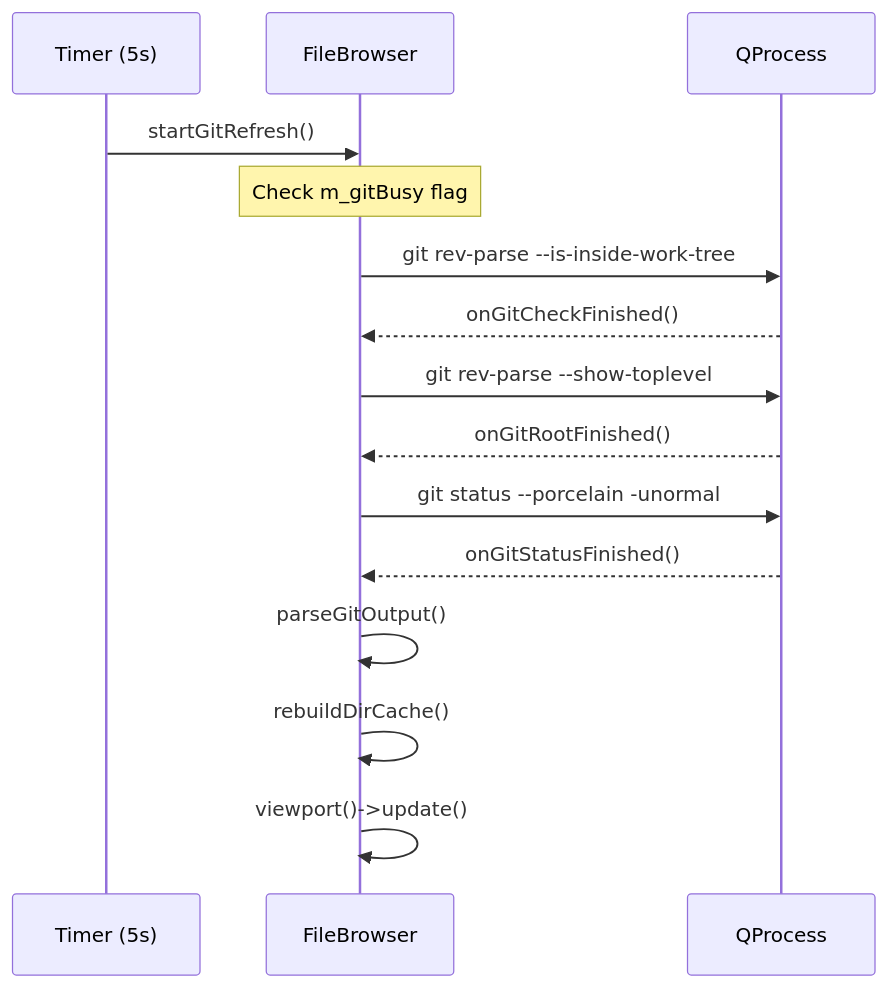
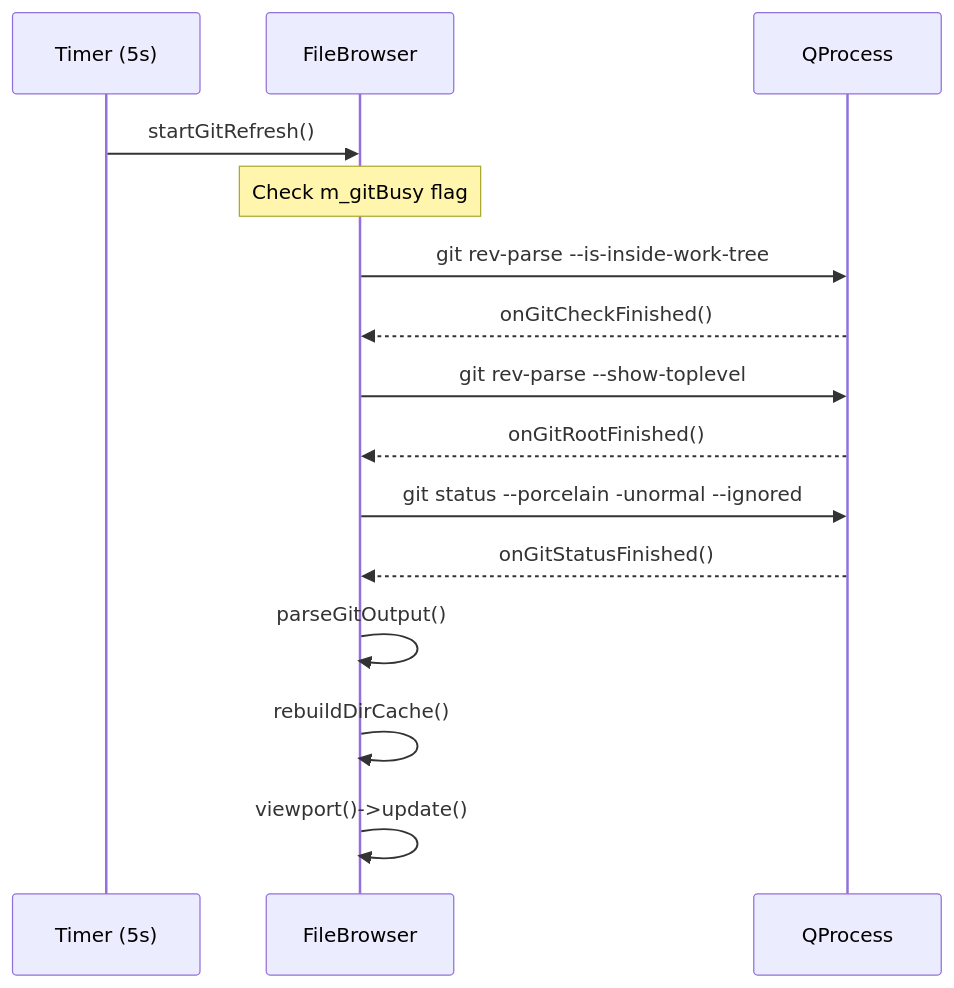
Before and after one commit to dkrse/vibe-coder: the eighth of 14 diagrams in docs/diagrams.md, drawn with Mermaid. The commit also changed other lines of this file and 20 other files, not shown here.

````diff
--- a/docs/diagrams.md
+++ b/docs/diagrams.md
@@ -253,22 +302,22 @@
 ```mermaid
 sequenceDiagram
     participant Timer as Timer (5s)
     participant FileBrowser
     participant GitProc as QProcess
 
     Timer->>FileBrowser: startGitRefresh()
     Note over FileBrowser: Check m_gitBusy flag
 
     FileBrowser->>GitProc: git rev-parse --is-inside-work-tree
     GitProc-->>FileBrowser: onGitCheckFinished()
 
     FileBrowser->>GitProc: git rev-parse --show-toplevel
     GitProc-->>FileBrowser: onGitRootFinished()
 
-    FileBrowser->>GitProc: git status --porcelain -unormal
+    FileBrowser->>GitProc: git status --porcelain -unormal --ignored
     GitProc-->>FileBrowser: onGitStatusFinished()
 
     FileBrowser->>FileBrowser: parseGitOutput()
     FileBrowser->>FileBrowser: rebuildDirCache()
     FileBrowser->>FileBrowser: viewport()->update()
 ```
````
